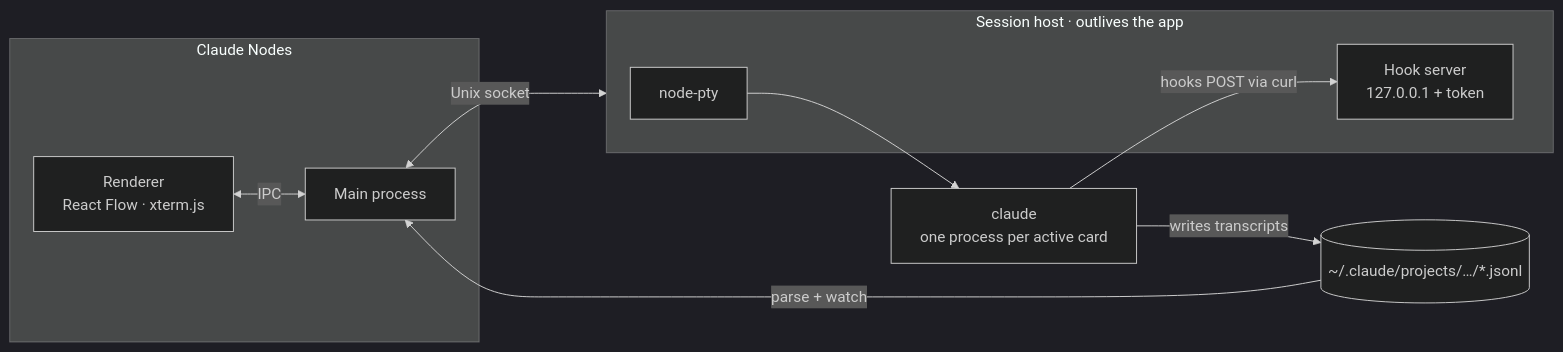
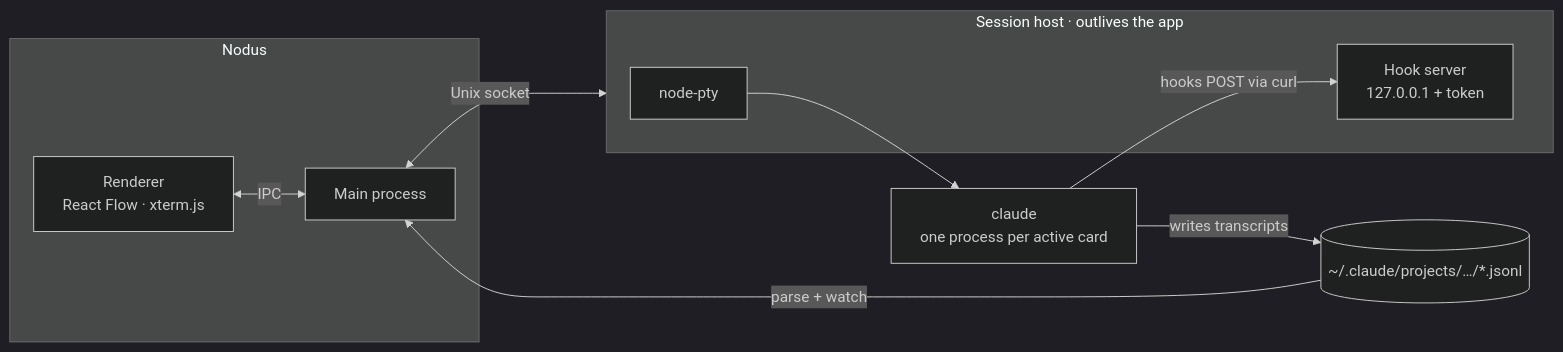
The diagram in docs/how-it-works.md (saleem-hadad/nodus), drawn with Mermaid (dark theme) before and after one commit. The commit also changed other lines of this file and 21 other files, not shown here.

First line of the commit message:
Rename the app to Nodus

````diff
--- a/docs/how-it-works.md
+++ b/docs/how-it-works.md
@@ -5,20 +5,20 @@
 ```mermaid
 flowchart LR
-  subgraph app["Claude Nodes"]
+  subgraph app["Nodus"]
     ui["Renderer<br/>React Flow · xterm.js"]
     main["Main process"]
   end
   subgraph host["Session host · outlives the app"]
     ptys["node-pty"]
     hooks["Hook server<br/>127.0.0.1 + token"]
   end
   cli["claude<br/>one process per active card"]
   jsonl[("~/.claude/projects/…/*.jsonl")]
 
   ui <-->|IPC| main
   main <-->|Unix socket| host
   ptys --> cli
   cli -->|hooks POST via curl| hooks
   cli -->|writes transcripts| jsonl
   jsonl -->|parse + watch| main
 ```
````
